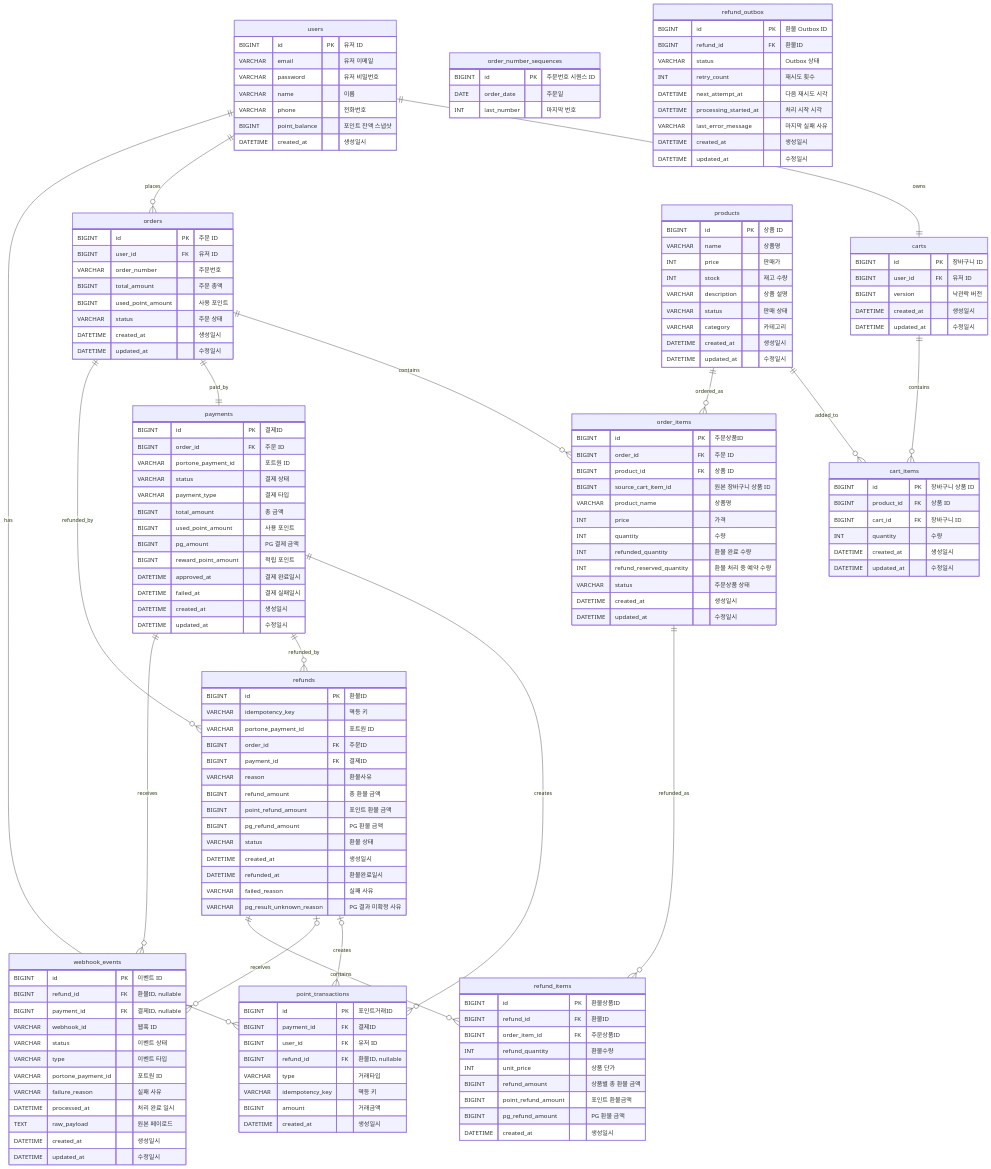
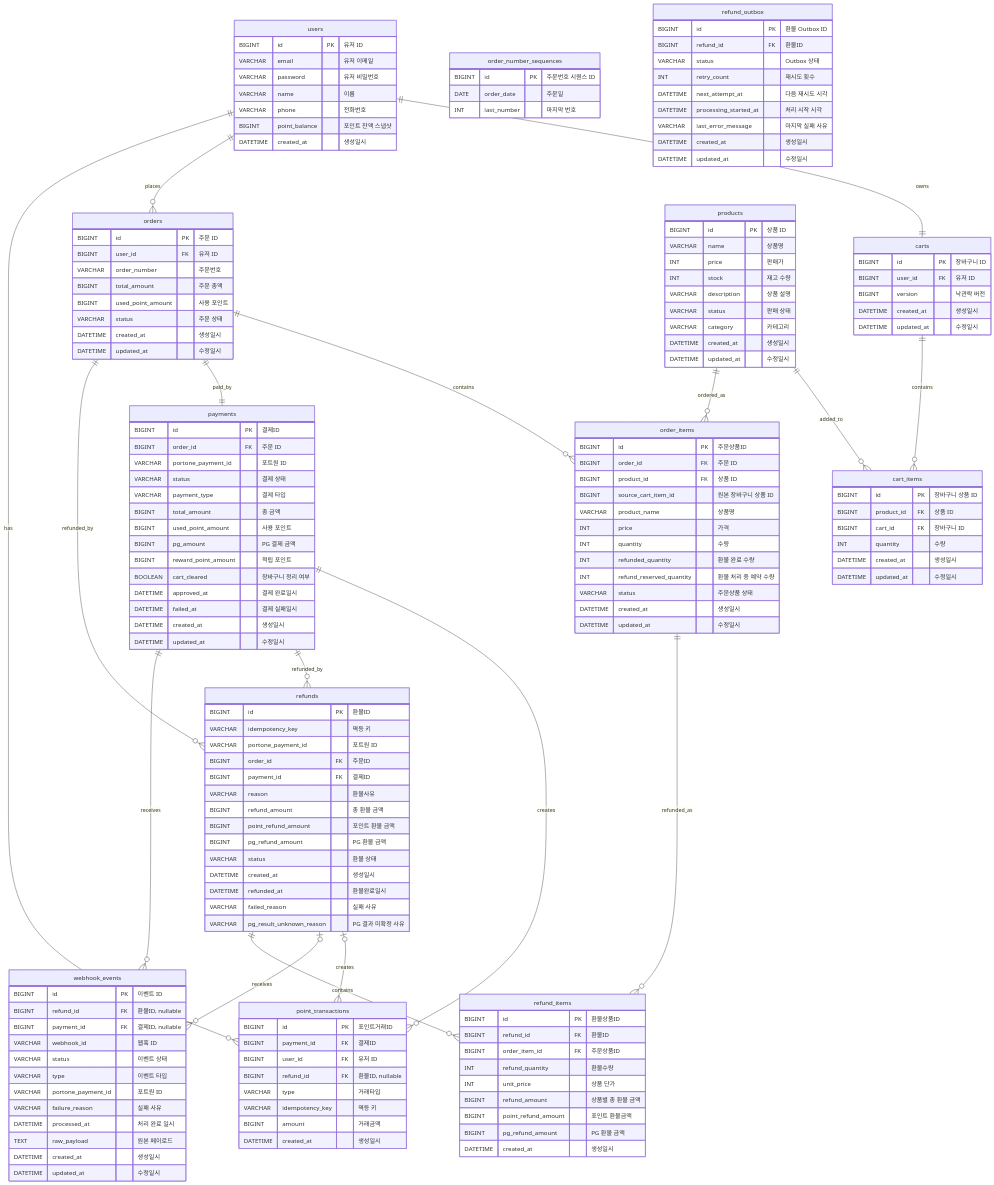
One commit to vanilalatte03/ec2-payment-system changed the diagram in docs/ERD.md. Above: the diagram before and after it, drawn with Mermaid. The commit also changed other lines of this file and 2 other files, not shown here.

Commit message:
docs: 결제 후처리 웹훅 문서 갱신

```diff
--- a/docs/ERD.md
+++ b/docs/ERD.md
@@ -107,6 +107,7 @@
         BIGINT used_point_amount "사용 포인트"
         BIGINT pg_amount "PG 결제 금액"
         BIGINT reward_point_amount "적립 포인트"
+        BOOLEAN cart_cleared "장바구니 정리 여부"
         DATETIME approved_at "결제 완료일시"
         DATETIME failed_at "결제 실패일시"
         DATETIME created_at "생성일시"
```
